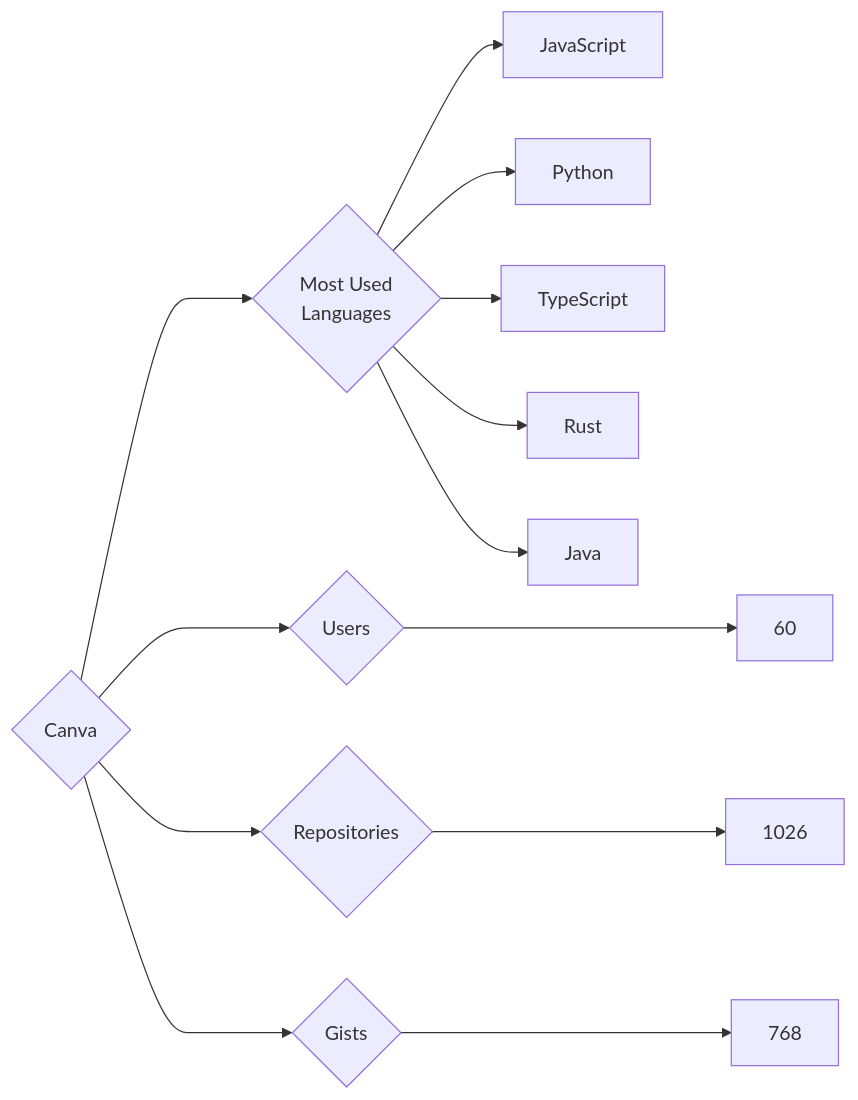
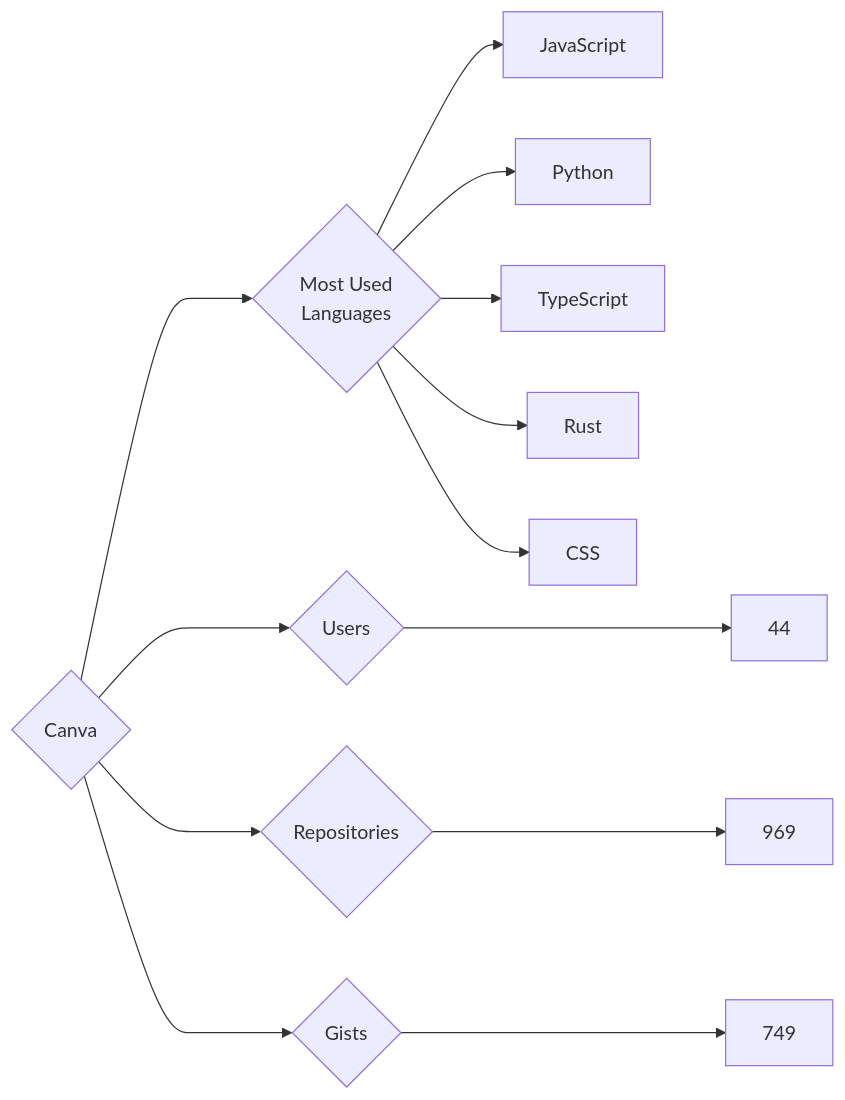
Before and after one commit to trickest/insiders: the diagram in targets/Canva/README.md, drawn with Mermaid. The commit also changed 721 other files, not shown here.

````diff
--- a/targets/Canva/README.md
+++ b/targets/Canva/README.md
@@ -3,13 +3,13 @@
 ```mermaid
 graph LR
 COMPANY_NAME{Canva}
-COMPANY_NAME ---> U{Users} ---> UN[60]
-COMPANY_NAME ---> R{Repositories} ---> RN[1026]
-COMPANY_NAME ---> G{Gists} ---> GN[768]
+COMPANY_NAME ---> U{Users} ---> UN[44]
+COMPANY_NAME ---> R{Repositories} ---> RN[969]
+COMPANY_NAME ---> G{Gists} ---> GN[749]
 COMPANY_NAME ---> ML{Most Used<br>Languages}
 ML --> JavaScript[JavaScript]
 ML --> Python[Python]
 ML --> TypeScript[TypeScript]
 ML --> Rust[Rust]
-ML --> Java[Java]
+ML --> CSS[CSS]
 ```
````
